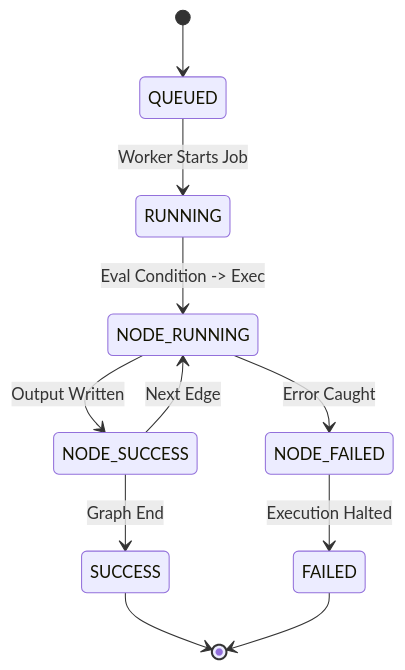
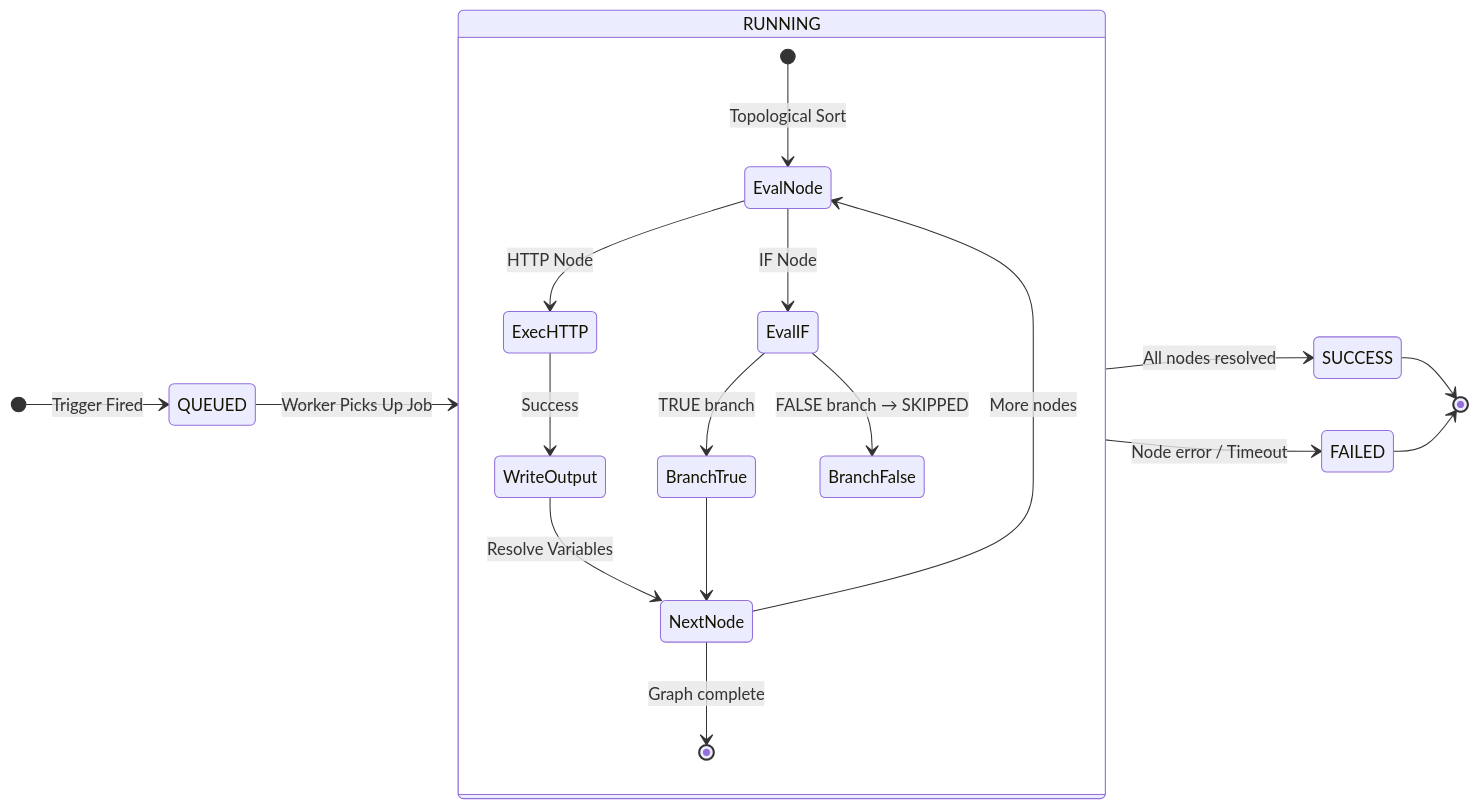
One commit to Ayush-o1/StarGate changed the second of 3 diagrams in README.md. Above: the diagram before and after it, drawn with Mermaid. The commit also changed other lines of this file and 68 other files, not shown here.

````diff
--- a/README.md
+++ b/README.md
@@ -89,13 +178,25 @@
 ```mermaid
 stateDiagram-v2
-    [*] --> QUEUED
-    QUEUED --> RUNNING : Worker Starts Job
-    RUNNING --> NODE_RUNNING : Eval Condition -> Exec
-    NODE_RUNNING --> NODE_SUCCESS : Output Written
-    NODE_RUNNING --> NODE_FAILED : Error Caught
-    NODE_SUCCESS --> NODE_RUNNING : Next Edge
-    NODE_SUCCESS --> SUCCESS : Graph End
-    NODE_FAILED --> FAILED : Execution Halted
+    direction LR
+    [*] --> QUEUED : Trigger Fired
+    QUEUED --> RUNNING : Worker Picks Up Job
+    
+    state RUNNING {
+        direction TB
+        [*] --> EvalNode : Topological Sort
+        EvalNode --> ExecHTTP : HTTP Node
+        EvalNode --> EvalIF : IF Node
+        ExecHTTP --> WriteOutput : Success
+        EvalIF --> BranchTrue : TRUE branch
+        EvalIF --> BranchFalse : FALSE branch → SKIPPED
+        WriteOutput --> NextNode : Resolve Variables
+        BranchTrue --> NextNode
+        NextNode --> EvalNode : More nodes
+        NextNode --> [*] : Graph complete
+    }
+
+    RUNNING --> SUCCESS : All nodes resolved
+    RUNNING --> FAILED : Node error / Timeout
     SUCCESS --> [*]
     FAILED --> [*]
 ```
````
